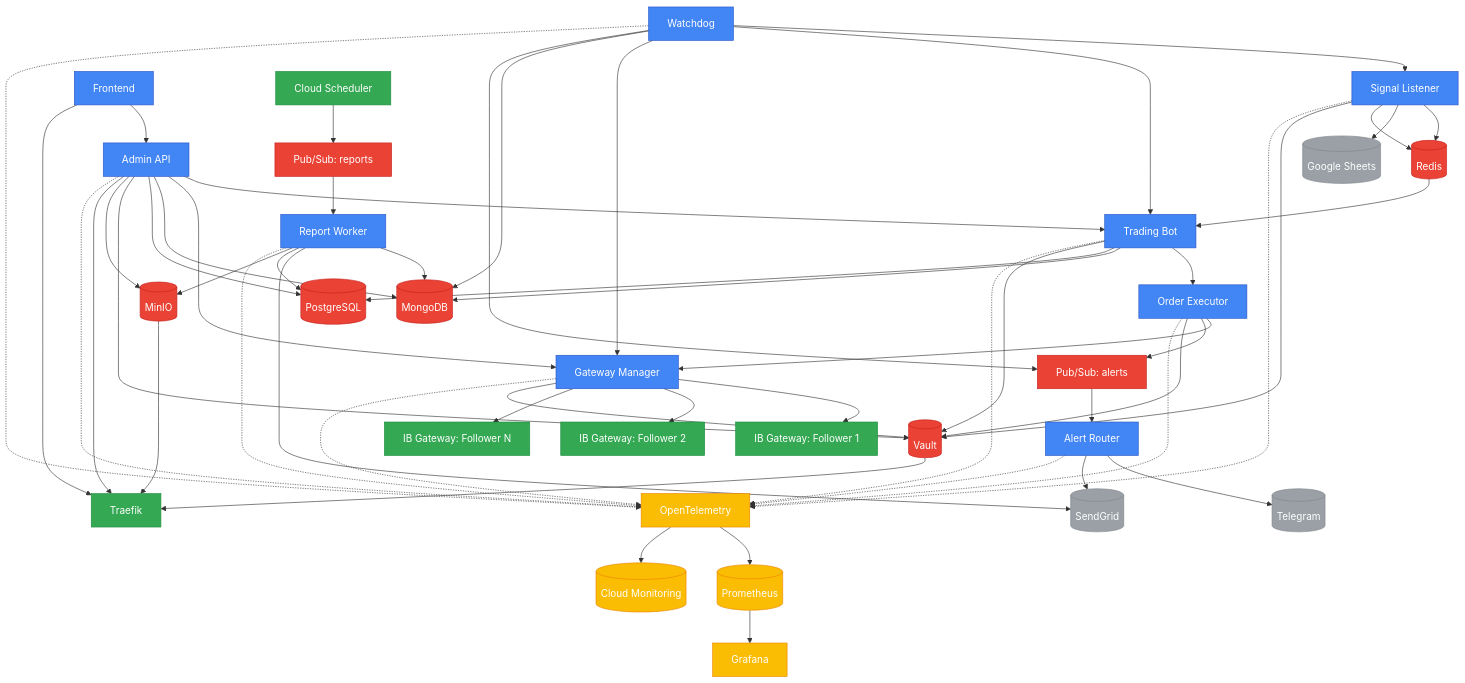
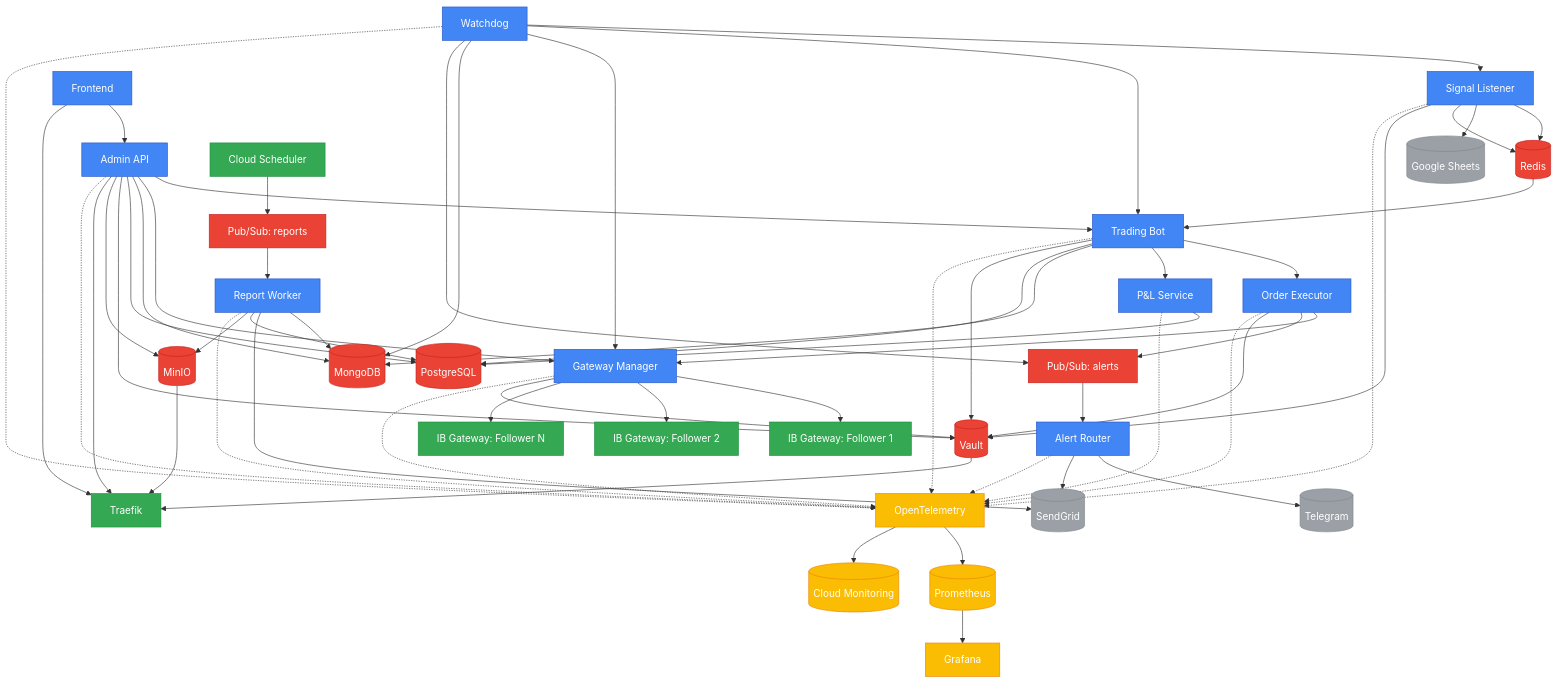
One commit to AIgen-Solutions-s-r-l/SpreadPilot changed the diagram in docs/images/system-architecture.mmd. Above: the diagram before and after it, drawn with Mermaid. The commit also changed 2 other files, not shown here.

```diff
--- a/docs/images/system-architecture.mmd
+++ b/docs/images/system-architecture.mmd
@@ -1,82 +1,85 @@
 graph TD
     %% Core Services
     SignalListener[Signal Listener] --> Redis[(Redis)]
     SignalListener --> GoogleSheets[(Google Sheets)]
     Redis --> TradingBot[Trading Bot]
     TradingBot --> OrderExecutor[Order Executor]
+    TradingBot --> PnLService[P&L Service]
     OrderExecutor --> GatewayManager[Gateway Manager]
     GatewayManager --> IBGateway1[IB Gateway: Follower 1]
     GatewayManager --> IBGateway2[IB Gateway: Follower 2]
     GatewayManager --> IBGatewayN[IB Gateway: Follower N]
     TradingBot --> MongoDB[(MongoDB)]
+    PnLService --> PostgreSQL[(PostgreSQL)]
     OrderExecutor --> PubSubAlerts[Pub/Sub: alerts]
     
     Watchdog[Watchdog] --> SignalListener
     Watchdog[Watchdog] --> TradingBot
     Watchdog --> GatewayManager
     Watchdog --> MongoDB
     Watchdog --> PubSubAlerts
     
     AdminAPI[Admin API] --> TradingBot
     AdminAPI --> GatewayManager
     AdminAPI --> MongoDB
     
     ReportWorker[Report Worker] --> MongoDB
     ReportWorker --> SendGrid[(SendGrid)]
     PubSubReports[Pub/Sub: reports] --> ReportWorker
     
     AlertRouter[Alert Router] --> Telegram[(Telegram)]
     AlertRouter --> SendGrid
     PubSubAlerts --> AlertRouter
     
     Frontend[Frontend] --> AdminAPI
     
     %% Infrastructure Services
     SignalListener --> Redis
     TradingBot --> PostgreSQL[(PostgreSQL)]
     AdminAPI --> PostgreSQL
     ReportWorker --> PostgreSQL
     
     SignalListener --> Vault[(Vault)]
     TradingBot --> Vault
     AdminAPI --> Vault
     OrderExecutor --> Vault
     GatewayManager --> Vault
     
     ReportWorker --> MinIO[(MinIO)]
     AdminAPI --> MinIO
     
     Frontend --> Traefik[Traefik]
     AdminAPI --> Traefik
     Vault --> Traefik
     MinIO --> Traefik
     
     CloudScheduler[Cloud Scheduler] --> PubSubReports
     
     %% Observability
     OTel[OpenTelemetry] --> Prometheus[(Prometheus)]
     OTel --> CloudMonitoring[(Cloud Monitoring)]
     Prometheus --> Grafana[Grafana]
     
     %% Service connections to observability
     SignalListener -.-> OTel
     TradingBot -.-> OTel
+    PnLService -.-> OTel
     OrderExecutor -.-> OTel
     GatewayManager -.-> OTel
     Watchdog -.-> OTel
     AdminAPI -.-> OTel
     ReportWorker -.-> OTel
     AlertRouter -.-> OTel
     
     %% Styling
     classDef coreService fill:#4285F4,stroke:#2A56C6,color:white
     classDef infrastructure fill:#34A853,stroke:#1E8E3E,color:white
     classDef observability fill:#FBBC04,stroke:#EA8600,color:white
     classDef database fill:#EA4335,stroke:#C5221F,color:white
     classDef external fill:#9AA0A6,stroke:#80868B,color:white
     
-    class SignalListener,TradingBot,Watchdog,AdminAPI,ReportWorker,AlertRouter,Frontend,GatewayManager,OrderExecutor coreService
+    class SignalListener,TradingBot,PnLService,Watchdog,AdminAPI,ReportWorker,AlertRouter,Frontend,GatewayManager,OrderExecutor coreService
     class IBGateway1,IBGateway2,IBGatewayN,CloudScheduler,Traefik infrastructure
     class OTel,Prometheus,Grafana,CloudMonitoring observability
     class MongoDB,PostgreSQL,Vault,MinIO,PubSubAlerts,PubSubReports,Redis database
     class GoogleSheets,SendGrid,Telegram external
```
